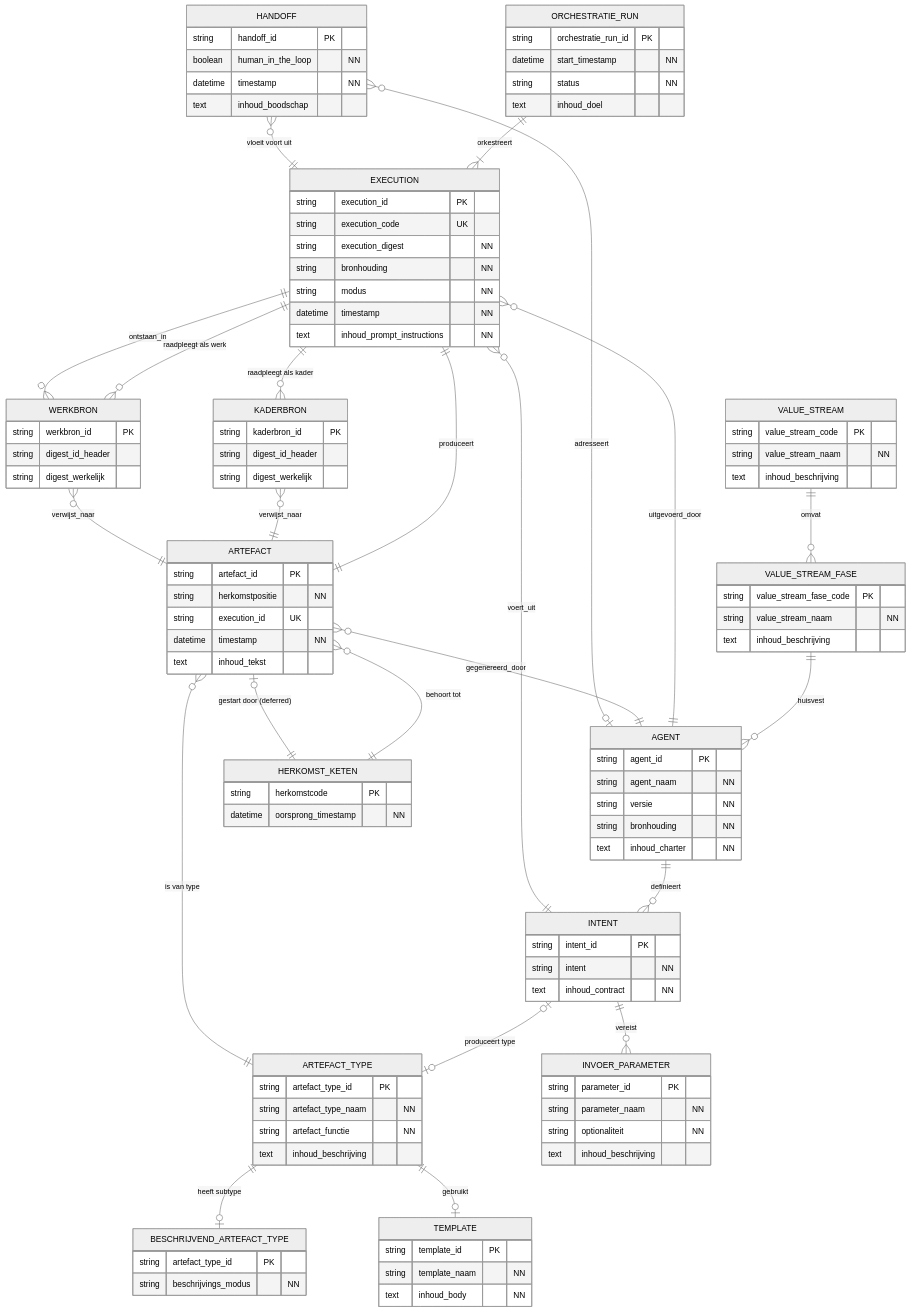
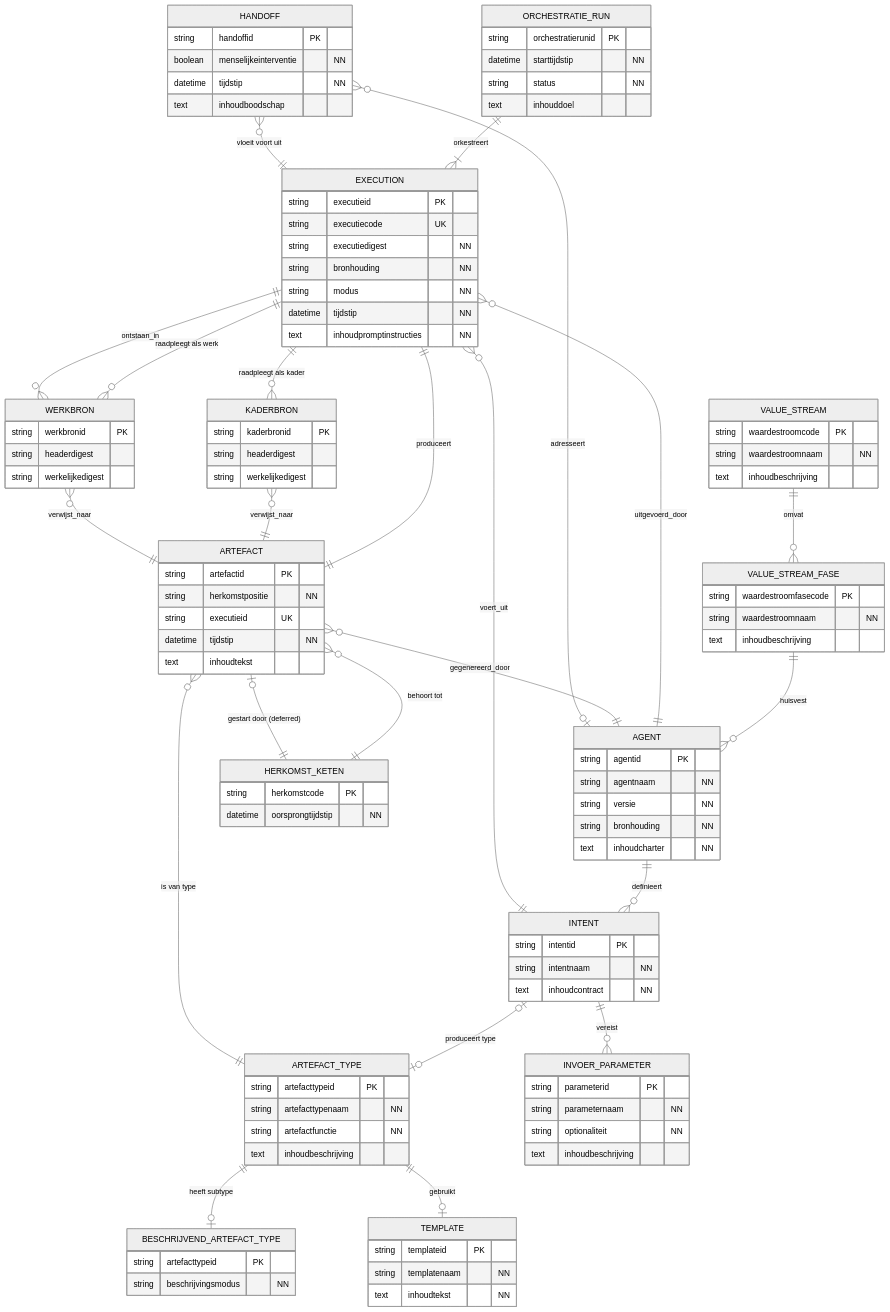
The diagram in grondslagen/aeo/aeo.datamodel/ldm-mandarin.md (hans-blok/mandarin-canon), drawn with Mermaid (neutral theme) before and after one commit. The commit also changed other lines of this file and 11 other files, not shown here.

```diff
--- a/grondslagen/aeo/aeo.datamodel/ldm-mandarin.md
+++ b/grondslagen/aeo/aeo.datamodel/ldm-mandarin.md
@@ -139,103 +143,103 @@
     %% ═══════════════════════════════════════════════════════════════
 
     VALUE_STREAM {
-        string value_stream_code PK
-        string value_stream_naam "NN"
-        text inhoud_beschrijving
+        string waardestroomcode PK
+        string waardestroomnaam "NN"
+        text inhoudbeschrijving
     }
 
     VALUE_STREAM_FASE {
-        string value_stream_fase_code PK
-        string value_stream_naam "NN"
-        text inhoud_beschrijving
+        string waardestroomfasecode PK
+        string waardestroomnaam "NN"
+        text inhoudbeschrijving
     }
 
     TEMPLATE {
-        string template_id PK
-        string template_naam "NN"
-        text inhoud_body "NN"
+        string templateid PK
+        string templatenaam "NN"
+        text inhoudtekst "NN"
     }
 
     ARTEFACT_TYPE {
-        string artefact_type_id PK
-        string artefact_type_naam "NN"
-        string artefact_functie "NN"
-        text inhoud_beschrijving
+        string artefacttypeid PK
+        string artefacttypenaam "NN"
+        string artefactfunctie "NN"
+        text inhoudbeschrijving
     }
 
     BESCHRIJVEND_ARTEFACT_TYPE {
-        string artefact_type_id PK
-        string beschrijvings_modus "NN"
+        string artefacttypeid PK
+        string beschrijvingsmodus "NN"
     }
 
     AGENT {
-        string agent_id PK
-        string agent_naam "NN"
+        string agentid PK
+        string agentnaam "NN"
         string versie "NN"
         string bronhouding "NN"
-        text inhoud_charter "NN"
+        text inhoudcharter "NN"
     }
 
     INTENT {
-        string intent_id PK
-        string intent "NN"
-        text inhoud_contract "NN"
+        string intentid PK
+        string intentnaam "NN"
+        text inhoudcontract "NN"
     }
 
     INVOER_PARAMETER {
-        string parameter_id PK
-        string parameter_naam "NN"
+        string parameterid PK
+        string parameternaam "NN"
         string optionaliteit "NN"
-        text inhoud_beschrijving
+        text inhoudbeschrijving
     }
 
     ORCHESTRATIE_RUN {
-        string orchestratie_run_id PK
-        datetime start_timestamp "NN"
+        string orchestratierunid PK
+        datetime starttijdstip "NN"
         string status "NN"
-        text inhoud_doel
+        text inhouddoel
     }
 
     EXECUTION {
-        string execution_id PK
-        string execution_code UK
-        string execution_digest "NN"
+        string executieid PK
+        string executiecode UK
+        string executiedigest "NN"
         string bronhouding "NN"
         string modus "NN"
-        datetime timestamp "NN"
-        text inhoud_prompt_instructions "NN"
+        datetime tijdstip "NN"
+        text inhoudpromptinstructies "NN"
     }
 
     HERKOMST_KETEN {
         string herkomstcode PK
-        datetime oorsprong_timestamp "NN"
+        datetime oorsprongtijdstip "NN"
     }
 
     ARTEFACT {
-        string artefact_id PK
+        string artefactid PK
         string herkomstpositie "NN"
-        string execution_id UK
-        datetime timestamp "NN"
-        text inhoud_tekst
+        string executieid UK
+        datetime tijdstip "NN"
+        text inhoudtekst
     }
 
     HANDOFF {
-        string handoff_id PK
-        boolean human_in_the_loop "NN"
-        datetime timestamp "NN"
-        text inhoud_boodschap
+        string handoffid PK
+        boolean menselijkeinterventie "NN"
+        datetime tijdstip "NN"
+        text inhoudboodschap
     }
 
     KADERBRON {
-        string kaderbron_id PK
-        string digest_id_header
-        string digest_werkelijk
+        string kaderbronid PK
+        string headerdigest
+        string werkelijkedigest
     }
 
     WERKBRON {
-        string werkbron_id PK
-        string digest_id_header
-        string digest_werkelijk
+        string werkbronid PK
+        string headerdigest
+        string werkelijkedigest
     }
 
     %% ═══════════════════════════════════════════════════════════════
```
